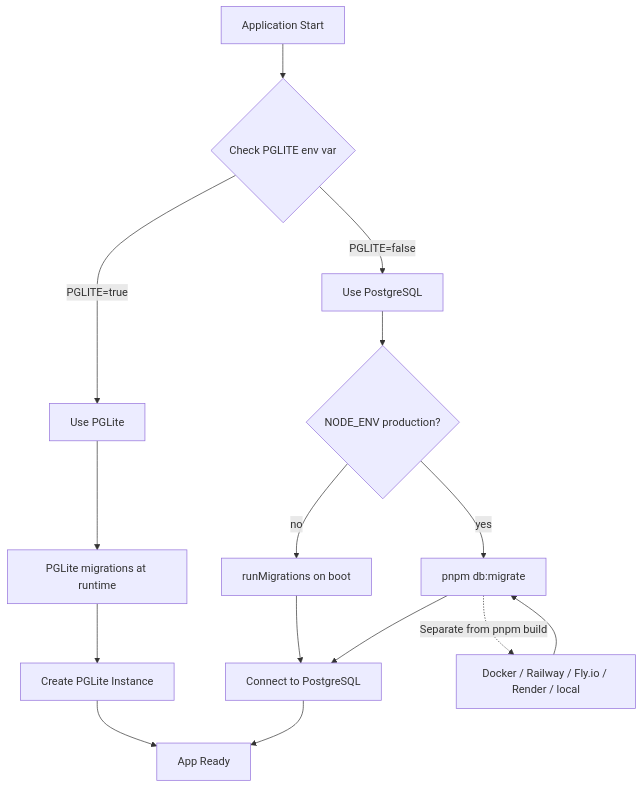
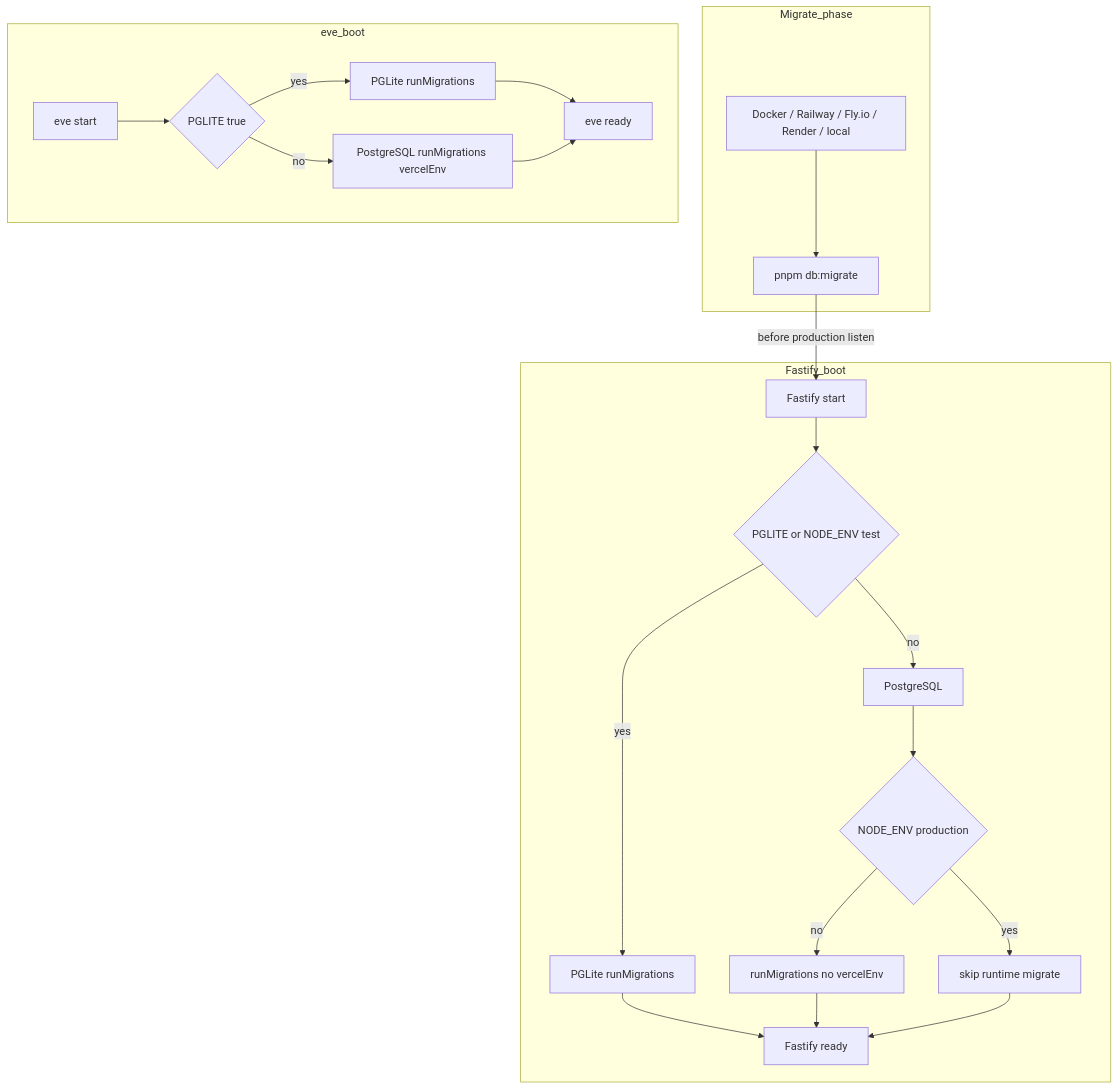
The diagram in apps/docu/content/docs/adrs/008-database.mdx (blockmatic/basilic), drawn with Mermaid before and after one commit. The commit also changed 18 other files, not shown here.

````diff
--- a/apps/docu/content/docs/adrs/008-database.mdx
+++ b/apps/docu/content/docs/adrs/008-database.mdx
@@ -170,20 +170,28 @@
 ```mermaid
 flowchart TD
-    Start[Application Start] --> CheckEnv{Check PGLITE env var}
-    CheckEnv -->|PGLITE=true| UsePGLite[Use PGLite]
-    CheckEnv -->|PGLITE=false| UsePostgres[Use PostgreSQL]
+  subgraph migratePhase [Migrate_phase]
+    Deploy[Docker / Railway / Fly.io / Render / local] --> Migrate[pnpm db:migrate]
+  end
 
-    UsePGLite --> RuntimeMigrate[PGLite migrations at runtime]
-    RuntimeMigrate --> CreateInstance[Create PGLite Instance]
-    CreateInstance --> AppReady[App Ready]
+  subgraph fastifyBoot [Fastify_boot]
+    FStart[Fastify start] --> FCheck{"PGLITE or NODE_ENV test"}
+    FCheck -->|yes| FLite[PGLite runMigrations]
+    FCheck -->|no| FPg[PostgreSQL]
+    FPg --> FProd{"NODE_ENV production"}
+    FProd -->|no| FDev[runMigrations no vercelEnv]
+    FProd -->|yes| FSkip[skip runtime migrate]
+    FLite --> FReady[Fastify ready]
+    FDev --> FReady
+    FSkip --> FReady
+  end
 
-    UsePostgres --> RuntimeOrBuild{NODE_ENV production?}
-    RuntimeOrBuild -->|no| DevMigrate[runMigrations on boot]
-    RuntimeOrBuild -->|yes| MigratePhase[pnpm db:migrate]
-    DevMigrate --> ConnectPG[Connect to PostgreSQL]
-    MigratePhase --> ConnectPG
-    ConnectPG --> AppReady
+  subgraph eveBoot [eve_boot]
+    EStart[eve start] --> ECheck{"PGLITE true"}
+    ECheck -->|yes| ELite[PGLite runMigrations]
+    ECheck -->|no| EPg[PostgreSQL runMigrations vercelEnv]
+    ELite --> EReady[eve ready]
+    EPg --> EReady
+  end
 
-    MigratePhase -.->|Separate from pnpm build| Deploy[Docker / Railway / Fly.io / Render / local]
-    Deploy --> MigratePhase
+  Migrate -->|before production listen| FStart
 ```
````
